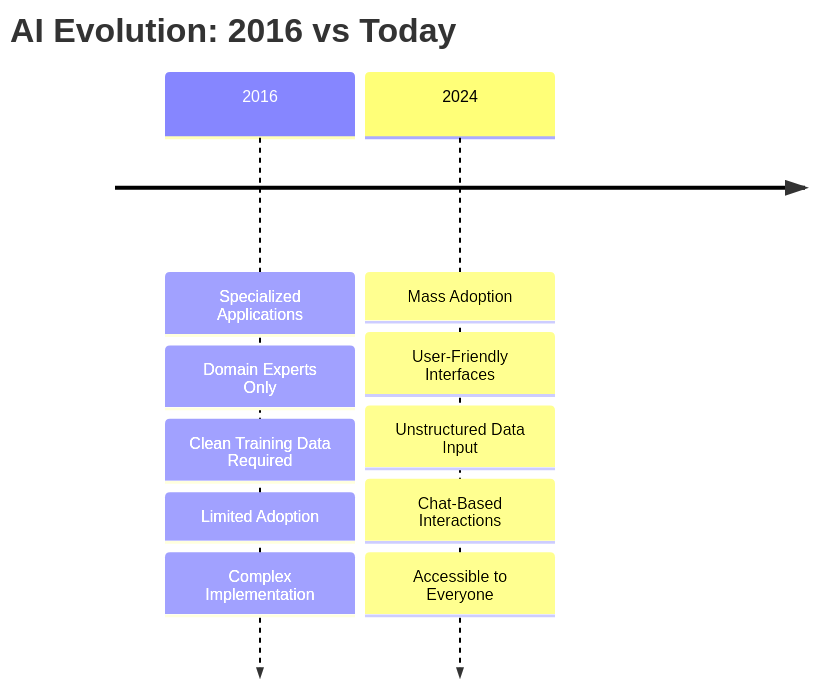
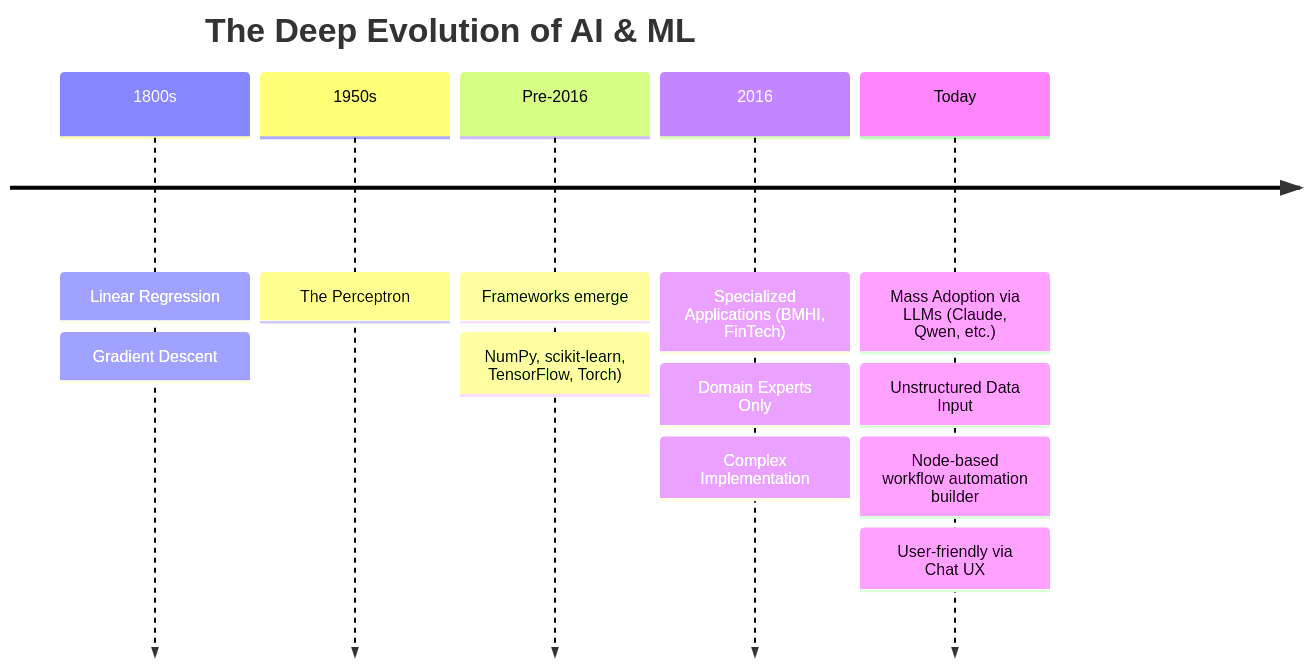
One commit to shapkarin/shapkarin.me changed the diagram in public/articles/production-AI-in-2016-year.md. Above: the diagram before and after it, drawn with Mermaid. The commit also changed other lines of this file and 4 other files, not shown here.

````diff
--- a/public/articles/production-AI-in-2016-year.md
+++ b/public/articles/production-AI-in-2016-year.md
@@ -31,16 +43,21 @@
 ```mermaid
 timeline
-    title AI Evolution: 2016 vs Today
+    title The Deep Evolution of AI & ML
     
-    2016 : Specialized Applications
+    1800s : Linear Regression
+          : Gradient Descent
+    
+    1950s : The Perceptron
+    
+    Pre-2016 : Frameworks emerge
+             : NumPy, scikit-learn, TensorFlow, Torch)
+    
+    2016 : Specialized Applications (BMHI, FinTech)
          : Domain Experts Only
-         : Clean Training Data Required
-         : Limited Adoption
          : Complex Implementation
     
-    2024 : Mass Adoption
-         : User-Friendly Interfaces
-         : Unstructured Data Input
-         : Chat-Based Interactions
-         : Accessible to Everyone
+    Today : Mass Adoption via LLMs (Claude, Qwen, etc.)
+          : Unstructured Data Input
+          : Node-based workflow automation builder
+          : User-friendly via Chat UX
 ```
````
